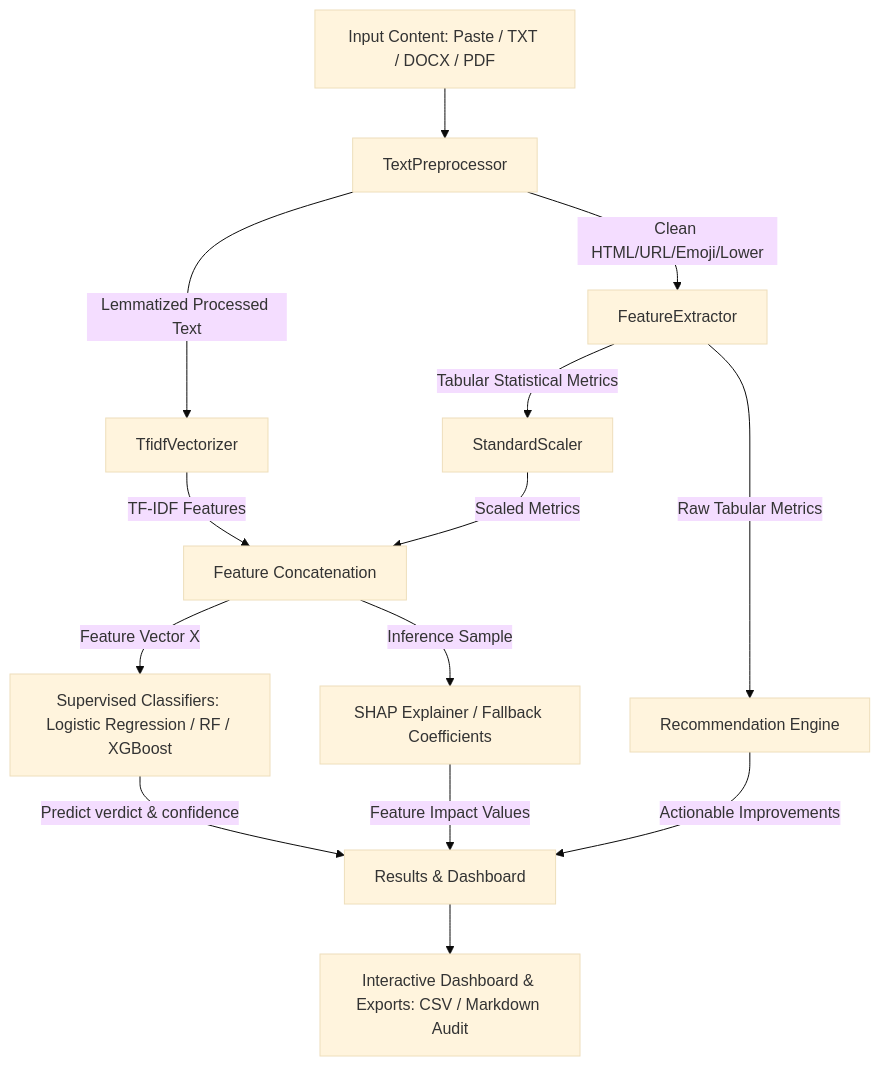
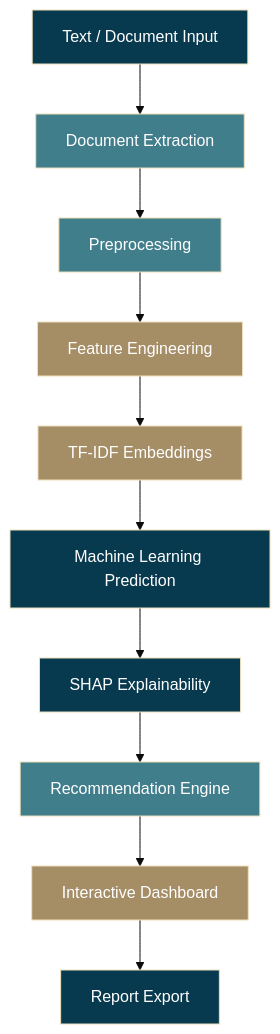
One commit to meghaaa111/ContentIQ changed the diagram in README.md. Above: the diagram before and after it, drawn with Mermaid (base theme). The commit also changed other lines of this file, not shown here.

````diff
--- a/README.md
+++ b/README.md
@@ -55,16 +58,23 @@
 ```mermaid
-graph TD
-    A[Input Content: Paste / TXT / DOCX / PDF] --> B[TextPreprocessor]
-    B -->|Clean HTML/URL/Emoji/Lower| C[FeatureExtractor]
-    B -->|Lemmatized Processed Text| D[TfidfVectorizer]
-    C -->|Tabular Statistical Metrics| E[StandardScaler]
-    D -->|TF-IDF Features| F[Feature Concatenation]
-    E -->|Scaled Metrics| F
-    F -->|Feature Vector X| G[Supervised Classifiers: Logistic Regression / RF / XGBoost]
-    G -->|Predict verdict & confidence| H[Results & Dashboard]
-    F -->|Inference Sample| I[SHAP Explainer / Fallback Coefficients]
-    I -->|Feature Impact Values| H
-    C -->|Raw Tabular Metrics| J[Recommendation Engine]
-    J -->|Actionable Improvements| H
-    H --> K[Interactive Dashboard & Exports: CSV / Markdown Audit]
+flowchart TD
+    A[Text / Document Input] --> B[Document Extraction]
+    B --> C[Preprocessing]
+    C --> D[Feature Engineering]
+    D --> E[TF-IDF Embeddings]
+    E --> F[Machine Learning Prediction]
+    F --> G[SHAP Explainability]
+    G --> H[Recommendation Engine]
+    H --> I[Interactive Dashboard]
+    I --> J[Report Export]
+
+    style A fill:#083A4F,color:#fff
+    style B fill:#407E8C,color:#fff
+    style C fill:#407E8C,color:#fff
+    style D fill:#A58D66,color:#fff
+    style E fill:#A58D66,color:#fff
+    style F fill:#083A4F,color:#fff
+    style G fill:#083A4F,color:#fff
+    style H fill:#407E8C,color:#fff
+    style I fill:#A58D66,color:#fff
+    style J fill:#083A4F,color:#fff
 ```
````
